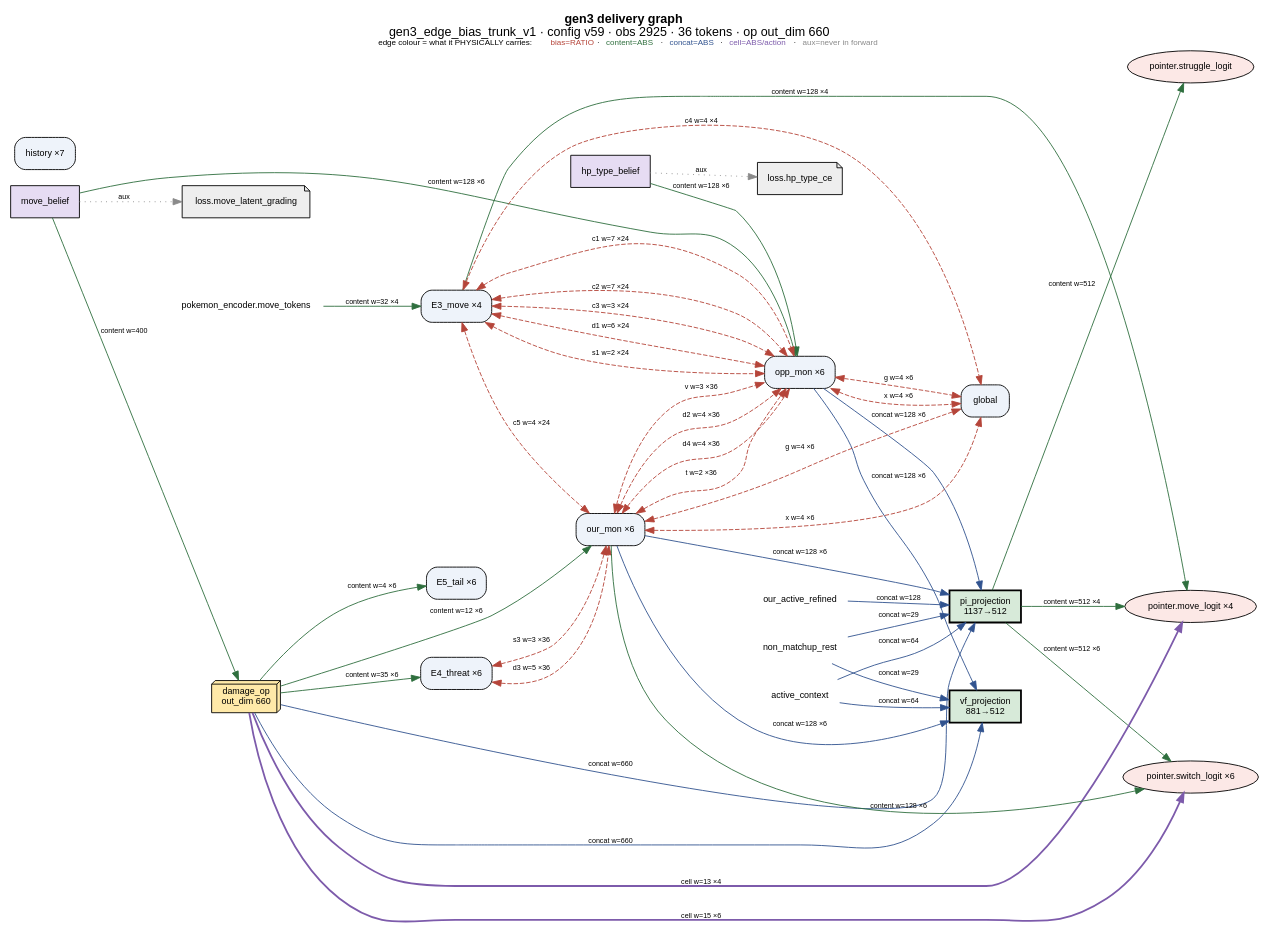
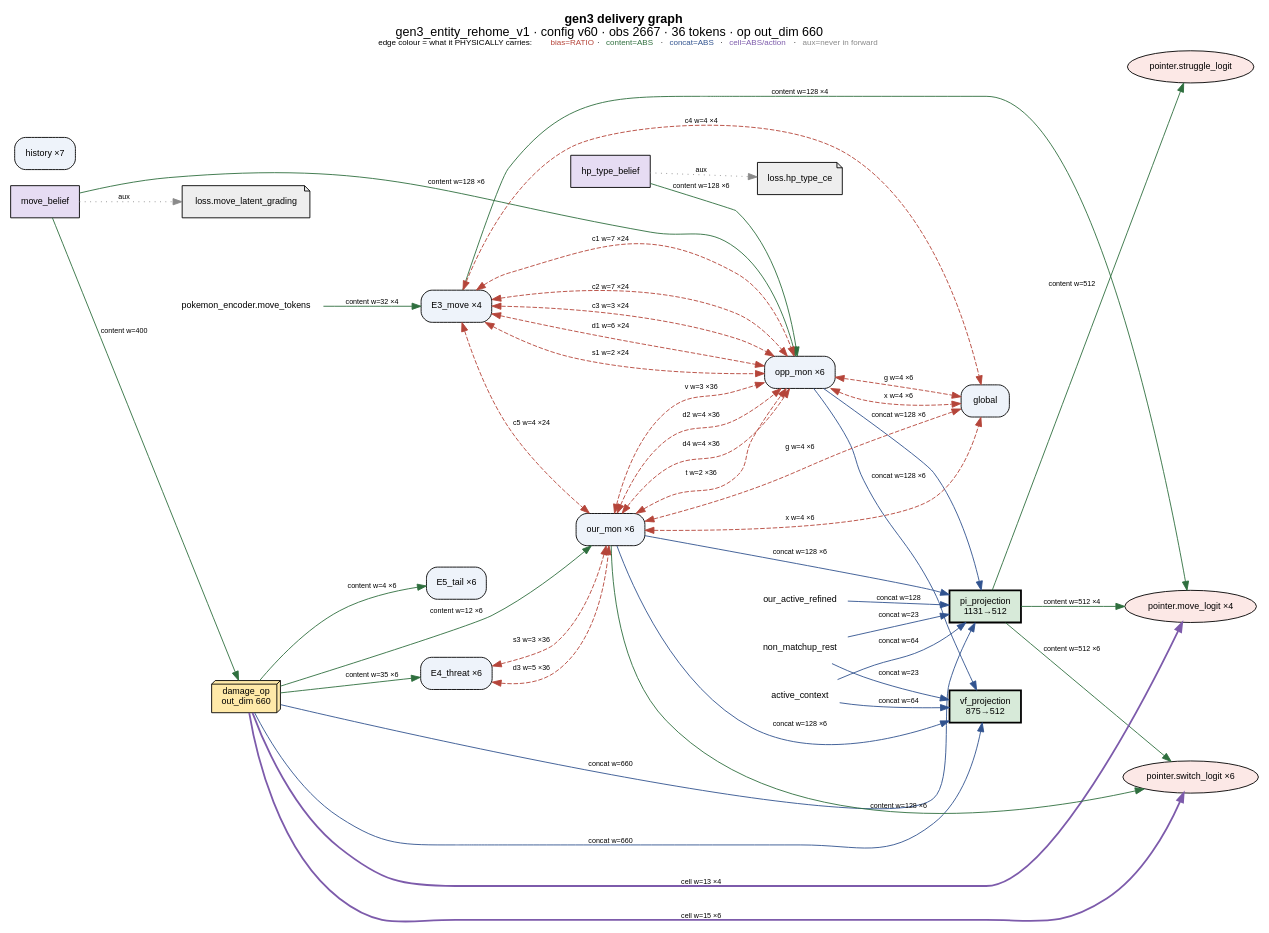
The diagram in designs/architecture_graph.dot (JGoodlad/gen3ai), drawn with Graphviz before and after one commit. The commit also changed 32 other files, not shown here.

First line of the commit message:
feat(obs,model): Stage-3 entity re-home — the flat obs's derived blocks die (v60, gen3_entity_rehome_v1)

```diff
--- a/designs/architecture_graph.dot
+++ b/designs/architecture_graph.dot
@@ -1,77 +1,77 @@
 digraph gen3_delivery {
   // GENERATED by src/agents/model/delivery_graph.py — do not edit by hand.
-  // config=production_config.json  arch=gen3_edge_bias_trunk_v1  v59
+  // config=production_config.json  arch=gen3_entity_rehome_v1  v60
   rankdir=LR; splines=spline; fontname="Helvetica"; compound=true;
   node [fontname="Helvetica", fontsize=10];
   edge [fontname="Helvetica", fontsize=8];
 
   labelloc="t";
-  label=<<b>gen3 delivery graph</b><br/>gen3_edge_bias_trunk_v1 · config v59 · obs 2925 · 36 tokens · op out_dim 660<br/><font point-size="9">edge colour = what it PHYSICALLY carries: <font color="#b5453a">bias=RATIO</font> · <font color="#2f6f3e">content=ABS</font> · <font color="#31538f">concat=ABS</font> · <font color="#7d5bab">cell=ABS/action</font> · <font color="#8a8a8a">aux=never in forward</font></font>>;
+  label=<<b>gen3 delivery graph</b><br/>gen3_entity_rehome_v1 · config v60 · obs 2667 · 36 tokens · op out_dim 660<br/><font point-size="9">edge colour = what it PHYSICALLY carries: <font color="#b5453a">bias=RATIO</font> · <font color="#2f6f3e">content=ABS</font> · <font color="#31538f">concat=ABS</font> · <font color="#7d5bab">cell=ABS/action</font> · <font color="#8a8a8a">aux=never in forward</font></font>>;
 
   "loss.hp_type_ce" [shape=note, style=filled, fillcolor="#eeeeee", label="loss.hp_type_ce"];
   "loss.move_latent_grading" [shape=note, style=filled, fillcolor="#eeeeee", label="loss.move_latent_grading"];
   "hp_type_belief" [shape=box, style=filled, fillcolor="#e6dcf3", label="hp_type_belief"];
   "move_belief" [shape=box, style=filled, fillcolor="#e6dcf3", label="move_belief"];
-  "pi_projection" [shape=box, style="filled,bold", fillcolor="#d7ead9", label="pi_projection\n1137→512"];
-  "vf_projection" [shape=box, style="filled,bold", fillcolor="#d7ead9", label="vf_projection\n881→512"];
+  "pi_projection" [shape=box, style="filled,bold", fillcolor="#d7ead9", label="pi_projection\n1131→512"];
+  "vf_projection" [shape=box, style="filled,bold", fillcolor="#d7ead9", label="vf_projection\n875→512"];
   "active_context" [shape=plaintext, label="active_context"];
   "non_matchup_rest" [shape=plaintext, label="non_matchup_rest"];
   "our_active_refined" [shape=plaintext, label="our_active_refined"];
   "pokemon_encoder.move_tokens" [shape=plaintext, label="pokemon_encoder.move_tokens"];
   "pointer.move_logit" [shape=ellipse, style=filled, fillcolor="#fce8e6", label="pointer.move_logit ×4"];
   "pointer.struggle_logit" [shape=ellipse, style=filled, fillcolor="#fce8e6", label="pointer.struggle_logit"];
   "pointer.switch_logit" [shape=ellipse, style=filled, fillcolor="#fce8e6", label="pointer.switch_logit ×6"];
   "damage_op" [shape=box3d, style=filled, fillcolor="#ffe9a8", label="damage_op\nout_dim 660"];
   "E3_move" [shape=box, style="rounded,filled", fillcolor="#eef3fa", label="E3_move ×4"];
   "E4_threat" [shape=box, style="rounded,filled", fillcolor="#eef3fa", label="E4_threat ×6"];
   "E5_tail" [shape=box, style="rounded,filled", fillcolor="#eef3fa", label="E5_tail ×6"];
   "global" [shape=box, style="rounded,filled", fillcolor="#eef3fa", label="global"];
   "history" [shape=box, style="rounded,filled", fillcolor="#eef3fa", label="history ×7"];
   "opp_mon" [shape=box, style="rounded,filled", fillcolor="#eef3fa", label="opp_mon ×6"];
   "our_mon" [shape=box, style="rounded,filled", fillcolor="#eef3fa", label="our_mon ×6"];
 
   "E3_move" -> "global" [color="#b5453a", style=dashed, label="c4 w=4 ×4", tooltip="RATIO · _EDGE_C4_CELL", dir=both];
   "E3_move" -> "opp_mon" [color="#b5453a", style=dashed, label="c1 w=7 ×24", tooltip="RATIO · _EDGE_C1_CELL", dir=both];
   "E3_move" -> "opp_mon" [color="#b5453a", style=dashed, label="c2 w=7 ×24", tooltip="RATIO · _EDGE_C2_CELL", dir=both];
   "E3_move" -> "opp_mon" [color="#b5453a", style=dashed, label="c3 w=3 ×24", tooltip="RATIO · _EDGE_C3_CELL", dir=both];
   "E3_move" -> "opp_mon" [color="#b5453a", style=dashed, label="d1 w=6 ×24", tooltip="RATIO · _EDGE_D1_CELL", dir=both];
   "E3_move" -> "opp_mon" [color="#b5453a", style=dashed, label="s1 w=2 ×24", tooltip="RATIO · _EDGE_S1_CELL", dir=both];
   "E3_move" -> "our_mon" [color="#b5453a", style=dashed, label="c5 w=4 ×24", tooltip="RATIO · _EDGE_C5_CELL", dir=both];
   "E3_move" -> "pointer.move_logit" [color="#2f6f3e", style=solid, label="content w=128 ×4", tooltip="ABS · pointer_move_token_dim"];
   "E4_threat" -> "our_mon" [color="#b5453a", style=dashed, label="d3 w=5 ×36", tooltip="RATIO · _EDGE_D3_CELL", dir=both];
   "E4_threat" -> "our_mon" [color="#b5453a", style=dashed, label="s3 w=3 ×36", tooltip="RATIO · _EDGE_S3_CELL", dir=both];
   "active_context" -> "pi_projection" [color="#31538f", style=solid, label="concat w=64", tooltip="ABS · 2 * ACTIVE_CTX_HIDDEN[-1]"];
   "active_context" -> "vf_projection" [color="#31538f", style=solid, label="concat w=64", tooltip="ABS · 2 * ACTIVE_CTX_HIDDEN[-1]"];
   "damage_op" -> "E4_threat" [color="#2f6f3e", style=solid, label="content w=35 ×6", tooltip="ABS · MOVE_LATENT_DIM + 3"];
   "damage_op" -> "E5_tail" [color="#2f6f3e", style=solid, label="content w=4 ×6", tooltip="ABS · _EDGE_TAIL_CELL(4)"];
   "damage_op" -> "our_mon" [color="#2f6f3e", style=solid, label="content w=12 ×6", tooltip="ABS · _DMG_PER_MON"];
   "damage_op" -> "pi_projection" [color="#31538f", style=solid, label="concat w=660", tooltip="ABS · DamageOperator.out_dim"];
   "damage_op" -> "pointer.move_logit" [color="#7d5bab", style=bold, label="cell w=13 ×4", tooltip="ABS/action · _PTR_MOVE_CELL"];
   "damage_op" -> "pointer.switch_logit" [color="#7d5bab", style=bold, label="cell w=15 ×6", tooltip="ABS/action · _PTR_SWITCH_CELL_IN"];
   "damage_op" -> "vf_projection" [color="#31538f", style=solid, label="concat w=660", tooltip="ABS · DamageOperator.out_dim"];
   "hp_type_belief" -> "loss.hp_type_ce" [color="#8a8a8a", style=dotted, label="aux", tooltip="train-only · training-only obs Dict key"];
   "hp_type_belief" -> "opp_mon" [color="#2f6f3e", style=solid, label="content w=128 ×6", tooltip="ABS · D_MODEL"];
   "move_belief" -> "damage_op" [color="#2f6f3e", style=solid, label="content w=400", tooltip="ABS · layout['max_moves']"];
   "move_belief" -> "loss.move_latent_grading" [color="#8a8a8a", style=dotted, label="aux", tooltip="train-only · training-only obs Dict key"];
   "move_belief" -> "opp_mon" [color="#2f6f3e", style=solid, label="content w=128 ×6", tooltip="ABS · D_MODEL"];
-  "non_matchup_rest" -> "pi_projection" [color="#31538f", style=solid, label="concat w=29", tooltip="ABS · GLOBAL_ENV_DIM + reactive matchup offset"];
-  "non_matchup_rest" -> "vf_projection" [color="#31538f", style=solid, label="concat w=29", tooltip="ABS · GLOBAL_ENV_DIM + reactive matchup offset"];
+  "non_matchup_rest" -> "pi_projection" [color="#31538f", style=solid, label="concat w=23", tooltip="ABS · GLOBAL_ENV_DIM + board scalars"];
+  "non_matchup_rest" -> "vf_projection" [color="#31538f", style=solid, label="concat w=23", tooltip="ABS · GLOBAL_ENV_DIM + board scalars"];
   "opp_mon" -> "global" [color="#b5453a", style=dashed, label="g w=4 ×6", tooltip="RATIO · _EDGE_G_CELL", dir=both];
   "opp_mon" -> "global" [color="#b5453a", style=dashed, label="x w=4 ×6", tooltip="RATIO · _EDGE_X_CELL", dir=both];
   "opp_mon" -> "pi_projection" [color="#31538f", style=solid, label="concat w=128 ×6", tooltip="ABS · D_MODEL"];
   "opp_mon" -> "vf_projection" [color="#31538f", style=solid, label="concat w=128 ×6", tooltip="ABS · D_MODEL"];
   "our_active_refined" -> "pi_projection" [color="#31538f", style=solid, label="concat w=128", tooltip="ABS · D_MODEL"];
   "our_mon" -> "global" [color="#b5453a", style=dashed, label="g w=4 ×6", tooltip="RATIO · _EDGE_G_CELL", dir=both];
   "our_mon" -> "global" [color="#b5453a", style=dashed, label="x w=4 ×6", tooltip="RATIO · _EDGE_X_CELL", dir=both];
   "our_mon" -> "opp_mon" [color="#b5453a", style=dashed, label="d2 w=4 ×36", tooltip="RATIO · _EDGE_D2_CELL", dir=both];
   "our_mon" -> "opp_mon" [color="#b5453a", style=dashed, label="d4 w=4 ×36", tooltip="RATIO · _EDGE_D4_CELL", dir=both];
   "our_mon" -> "opp_mon" [color="#b5453a", style=dashed, label="t w=2 ×36", tooltip="RATIO · _EDGE_T_CELL", dir=both];
   "our_mon" -> "opp_mon" [color="#b5453a", style=dashed, label="v w=3 ×36", tooltip="RATIO · _EDGE_V_CELL", dir=both];
   "our_mon" -> "pi_projection" [color="#31538f", style=solid, label="concat w=128 ×6", tooltip="ABS · D_MODEL"];
   "our_mon" -> "pointer.switch_logit" [color="#2f6f3e", style=solid, label="content w=128 ×6", tooltip="ABS · D_MODEL"];
   "our_mon" -> "vf_projection" [color="#31538f", style=solid, label="concat w=128 ×6", tooltip="ABS · D_MODEL"];
   "pi_projection" -> "pointer.move_logit" [color="#2f6f3e", style=solid, label="content w=512 ×4", tooltip="ABS · NET_ARCH[-1]"];
   "pi_projection" -> "pointer.struggle_logit" [color="#2f6f3e", style=solid, label="content w=512", tooltip="ABS · NET_ARCH[-1]"];
   "pi_projection" -> "pointer.switch_logit" [color="#2f6f3e", style=solid, label="content w=512 ×6", tooltip="ABS · NET_ARCH[-1]"];
   "pokemon_encoder.move_tokens" -> "E3_move" [color="#2f6f3e", style=solid, label="content w=32 ×4", tooltip="ABS · MOVE_NET_HIDDEN[1]"];
 }
```
